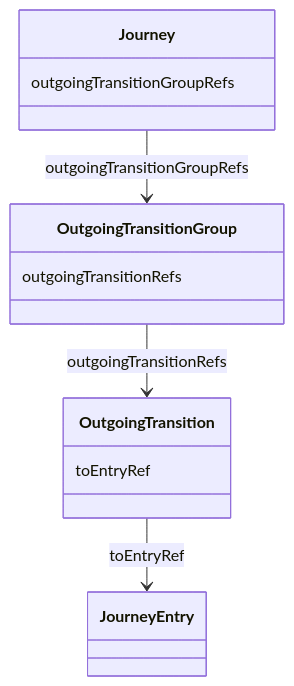
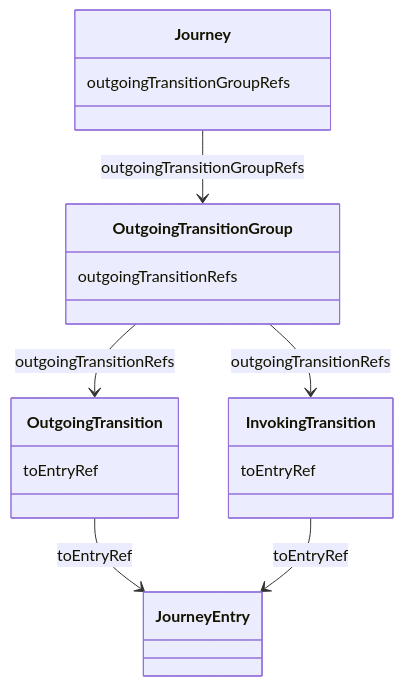
Before and after one commit to openuji/spec-ujg: diagram 13 of 14 in specs/ed/graph/index.md, drawn with Mermaid. The commit also changed other lines of this file and 17 other files, not shown here.

````diff
--- a/specs/ed/graph/index.md
+++ b/specs/ed/graph/index.md
@@ -940,17 +1112,22 @@
 ```mermaid
 classDiagram
   class Journey {
     outgoingTransitionGroupRefs
   }
   class OutgoingTransitionGroup {
     outgoingTransitionRefs
   }
   class OutgoingTransition {
     toEntryRef
   }
+  class InvokingTransition {
+    toEntryRef
+  }
   class JourneyEntry
 
   Journey --> OutgoingTransitionGroup : outgoingTransitionGroupRefs
   OutgoingTransitionGroup --> OutgoingTransition : outgoingTransitionRefs
+  OutgoingTransitionGroup --> InvokingTransition : outgoingTransitionRefs
   OutgoingTransition --> JourneyEntry : toEntryRef
+  InvokingTransition --> JourneyEntry : toEntryRef
 ```
````
